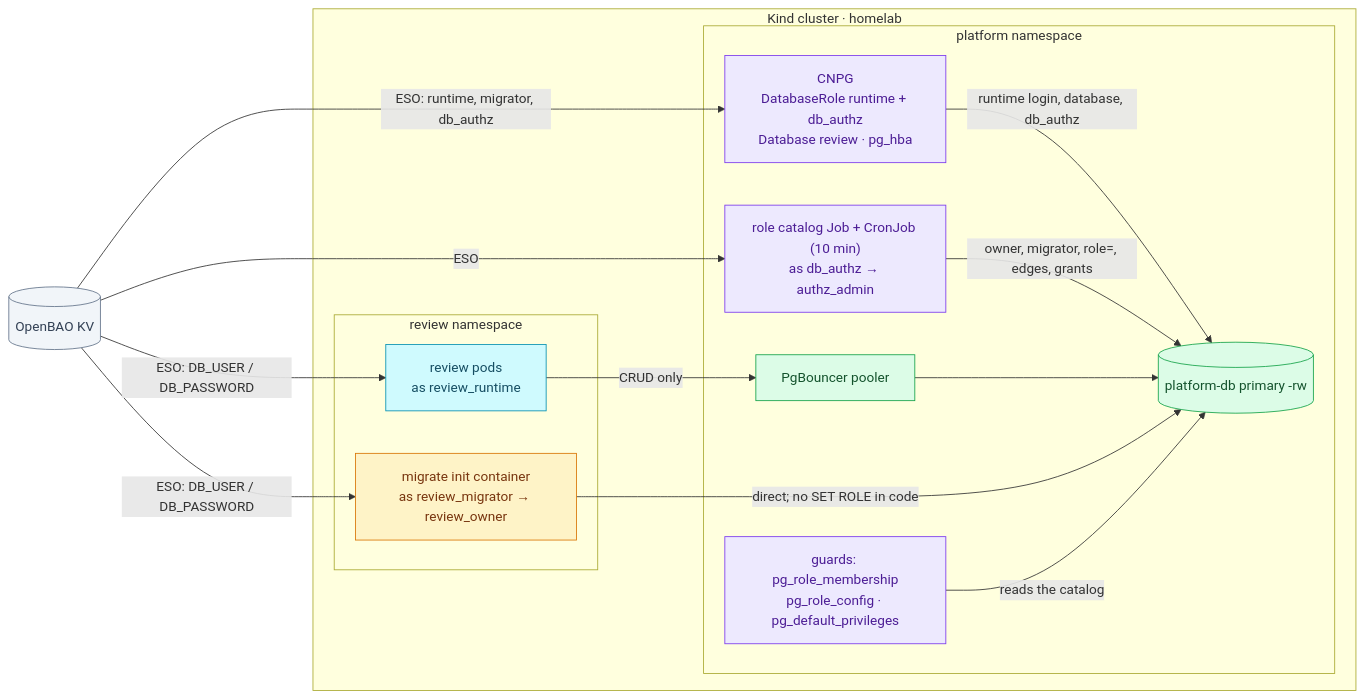
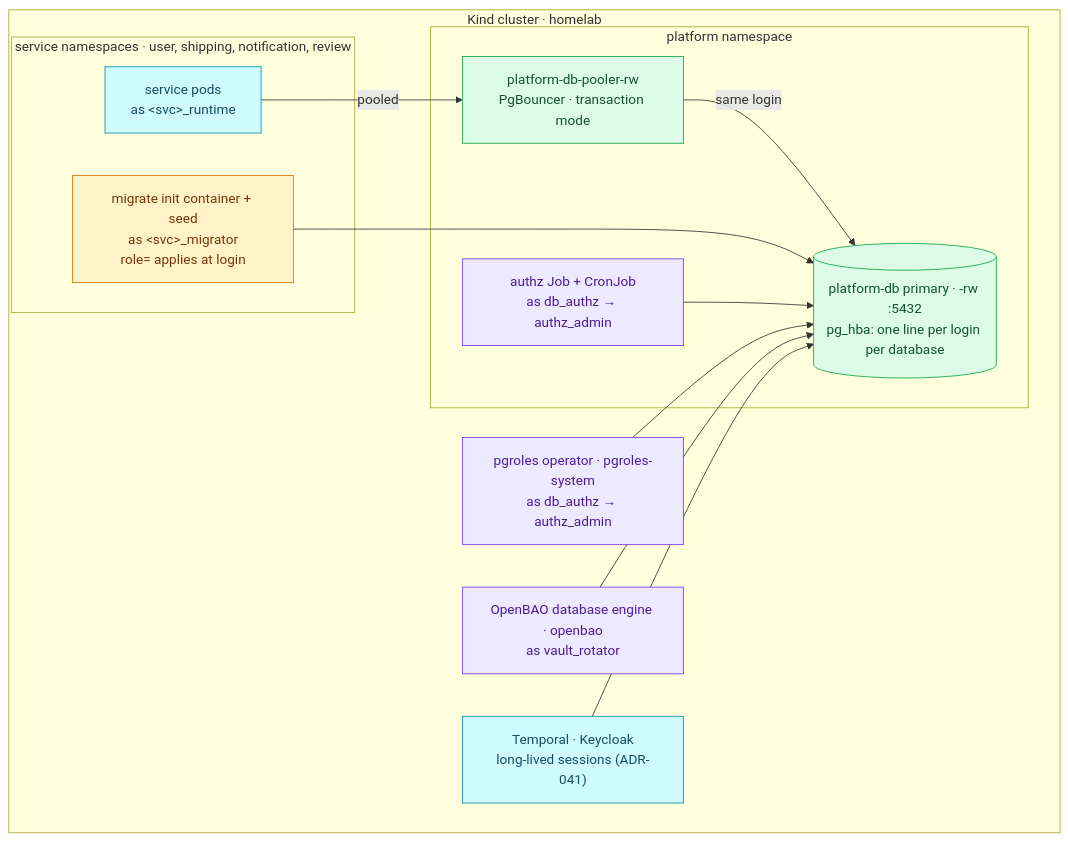
Before and after one commit to duynhlab/homelab: the first of 2 diagrams in docs/databases/authorization.md, drawn with Mermaid. The commit also changed other lines of this file and 63 other files, not shown here.

First line of the commit message:
Move user, shipping and notification to three roles (#1268)

````diff
--- a/docs/databases/authorization.md
+++ b/docs/databases/authorization.md
@@ -49,33 +57,29 @@
 ```mermaid
-flowchart LR
+flowchart TB
     subgraph cluster["Kind cluster · homelab"]
-        subgraph app["review namespace"]
-            pod["review pods<br/>as review_runtime"]:::service
-            mig["migrate init container<br/>as review_migrator → review_owner"]:::worker
+        subgraph apps["service namespaces · user, shipping, notification, review"]
+            pod["service pods<br/>as &lt;svc&gt;_runtime"]:::service
+            mig["migrate init container + seed<br/>as &lt;svc&gt;_migrator<br/>role= applies at login"]:::worker
         end
+        pgr["pgroles operator · pgroles-system<br/>as db_authz → authz_admin"]:::platform
+        bao["OpenBAO database engine · openbao<br/>as vault_rotator"]:::platform
+        other["Temporal · Keycloak<br/>long-lived sessions (ADR-041)"]:::service
         subgraph plat["platform namespace"]
-            cnpg["CNPG<br/>DatabaseRole runtime + db_authz<br/>Database review · pg_hba"]:::platform
-            job["role catalog Job + CronJob (10 min)<br/>as db_authz → authz_admin"]:::platform
-            pooler["PgBouncer pooler"]:::data
-            rw[("platform-db primary -rw")]:::data
-            guard["guards: pg_role_membership<br/>pg_role_config · pg_default_privileges"]:::platform
+            job["authz Job + CronJob<br/>as db_authz → authz_admin"]:::platform
+            pooler["platform-db-pooler-rw<br/>PgBouncer · transaction mode"]:::data
+            rw[("platform-db primary · -rw :5432<br/>pg_hba: one line per login per database")]:::data
         end
     end
-    bao[("OpenBAO KV")]:::external
 
-    bao -->|"ESO: runtime, migrator, db_authz"| cnpg
-    bao -->|"ESO"| job
-    bao -->|"ESO: DB_USER / DB_PASSWORD"| pod
-    bao -->|"ESO: DB_USER / DB_PASSWORD"| mig
-    cnpg -->|"runtime login, database, db_authz"| rw
-    job -->|"owner, migrator, role=, edges, grants"| rw
-    pod -->|"CRUD only"| pooler --> rw
-    mig -->|"direct; no SET ROLE in code"| rw
-    guard -->|"reads the catalog"| rw
+    pod -->|"pooled"| pooler -->|"same login"| rw
+    mig --> rw
+    job --> rw
+    pgr --> rw
+    bao --> rw
+    other --> rw
 
     classDef service fill:#cffafe,color:#164e63,stroke:#0891b2;
     classDef worker fill:#fef3c7,color:#78350f,stroke:#d97706;
     classDef platform fill:#ede9fe,color:#4c1d95,stroke:#7c3aed;
     classDef data fill:#dcfce7,color:#14532d,stroke:#16a34a;
-    classDef external fill:#f1f5f9,color:#334155,stroke:#64748b;
 ```
````
